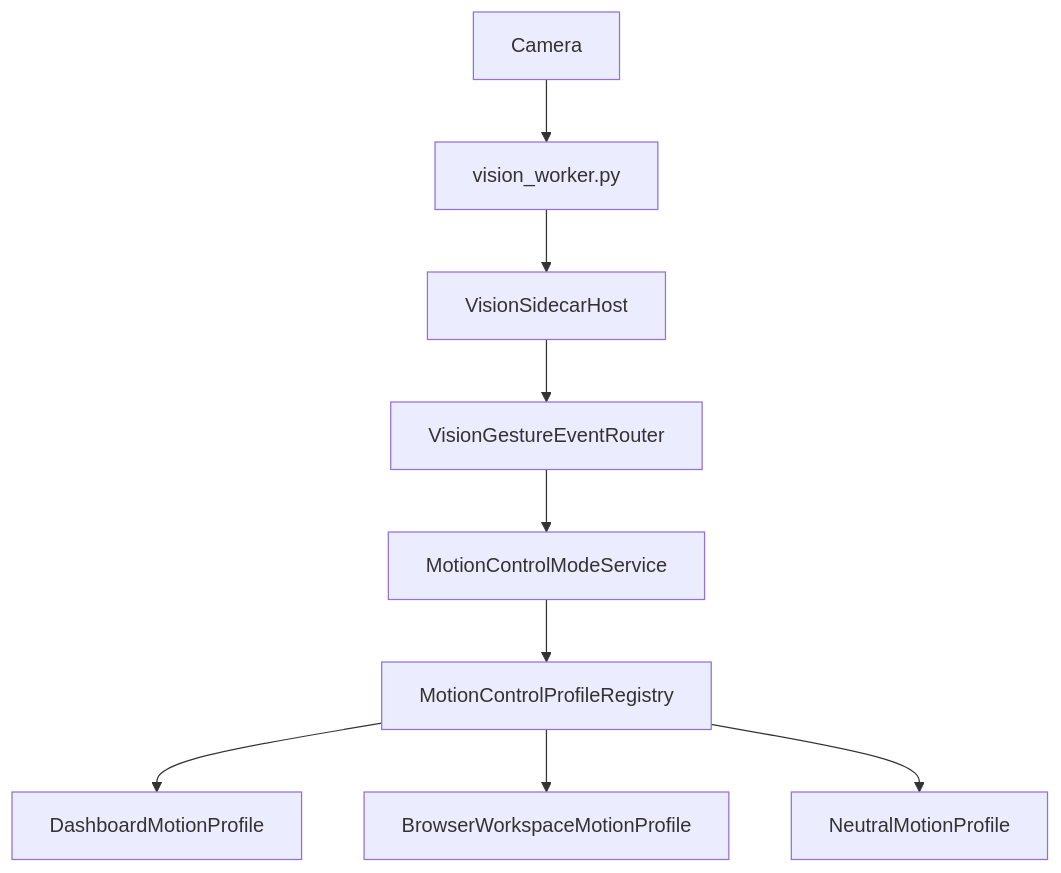
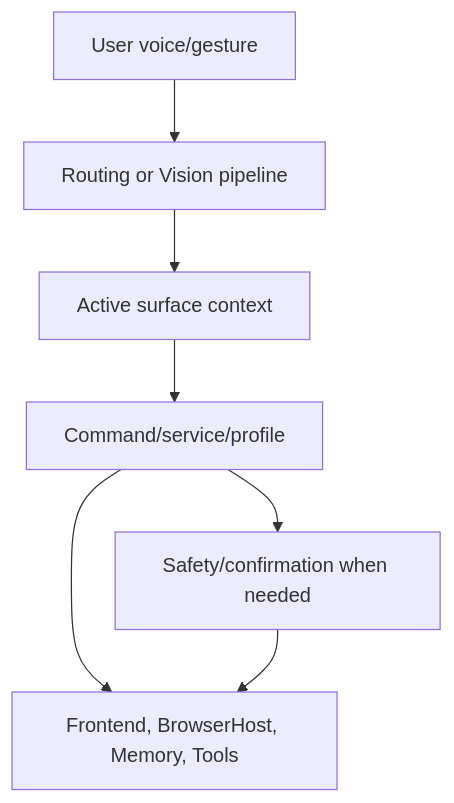
Before and after one commit to JarnoGerrets/merlin: the diagram in Merlin.Vault/02_Architecture/Motion Architecture.md, drawn with Mermaid. The commit also changed other lines of this file and 525 other files, not shown here.

Commit message:
huge architectual refractor

````diff
--- a/Merlin.Vault/02_Architecture/Motion Architecture.md
+++ b/Merlin.Vault/02_Architecture/Motion Architecture.md
@@ -39,11 +53,9 @@
 ```mermaid
 flowchart TD
-    Camera[Camera] --> Worker[vision_worker.py]
-    Worker --> Host[VisionSidecarHost]
-    Host --> Router[VisionGestureEventRouter]
-    Router --> Mode[MotionControlModeService]
-    Mode --> Registry[MotionControlProfileRegistry]
-    Registry --> Dashboard[DashboardMotionProfile]
-    Registry --> Browser[BrowserWorkspaceMotionProfile]
-    Registry --> Neutral[NeutralMotionProfile]
+    U[User voice/gesture] --> R[Routing or Vision pipeline]
+    R --> S[Active surface context]
+    S --> C[Command/service/profile]
+    C --> F[Frontend, BrowserHost, Memory, Tools]
+    C --> G[Safety/confirmation when needed]
+    G --> F
 ```
````
